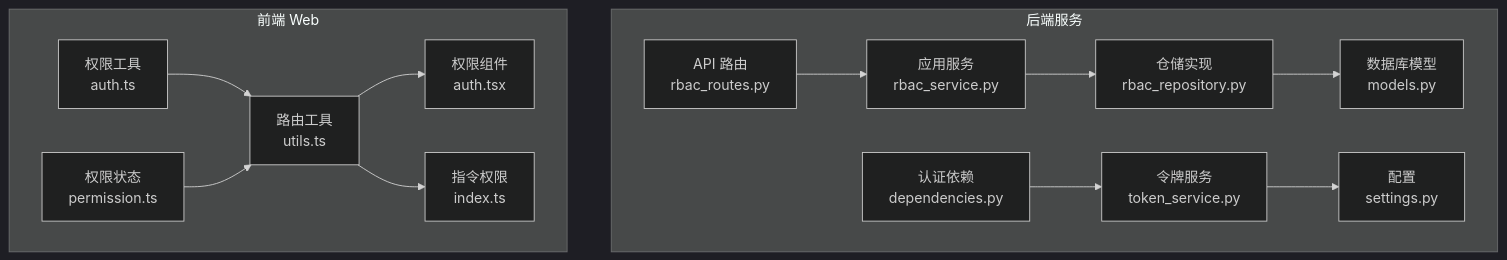
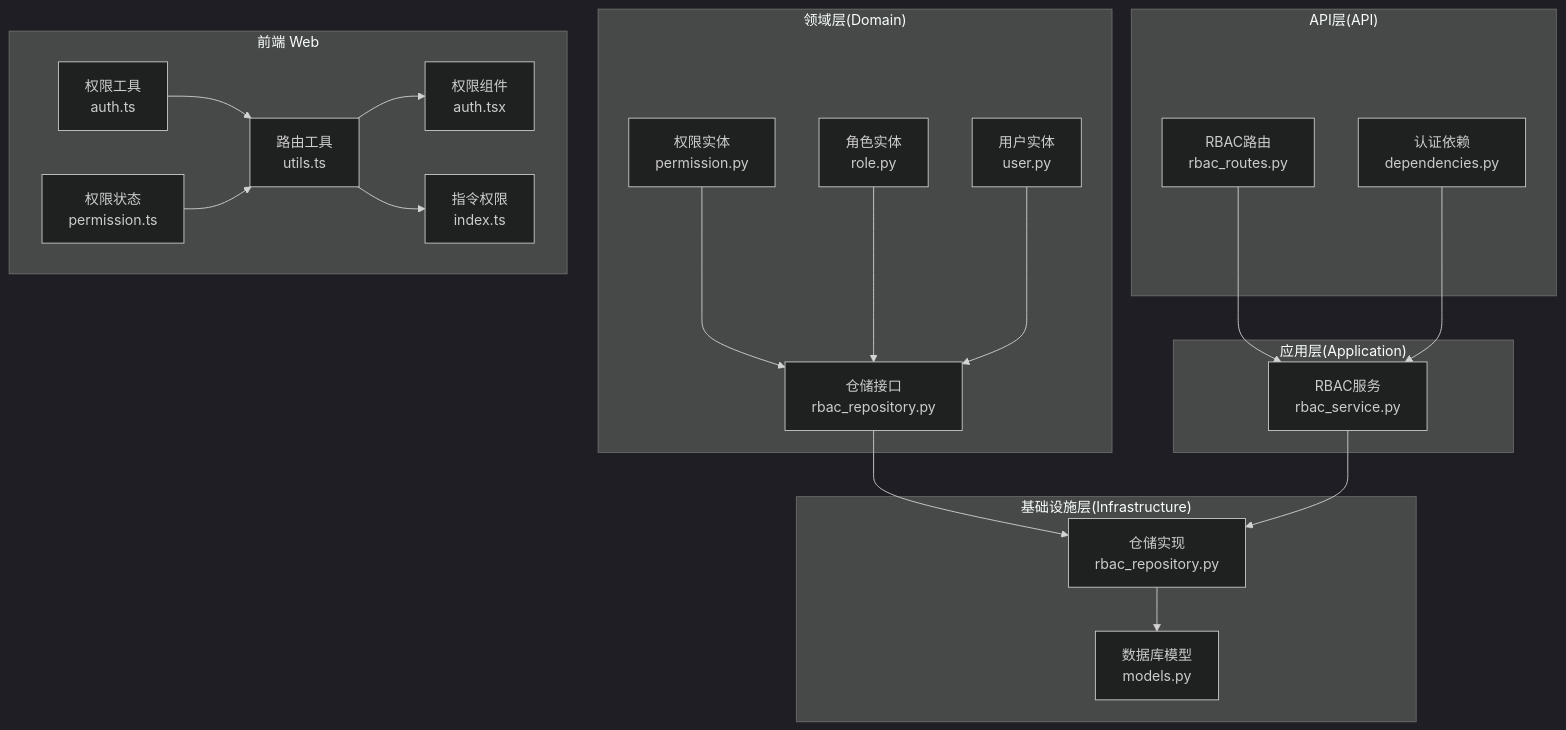
One commit to taoweidong/Hello-FastApi changed the first of 8 diagrams in .qoder/repowiki/zh/content/RBAC 权限系统/RBAC 权限系统.md. Above: the diagram before and after it, drawn with Mermaid (dark theme). The commit also changed other lines of this file and 18 other files, not shown here.

````diff
--- a/.qoder/repowiki/zh/content/RBAC 权限系统/RBAC 权限系统.md
+++ b/.qoder/repowiki/zh/content/RBAC 权限系统/RBAC 权限系统.md
@@ -40,25 +55,39 @@
 ```mermaid
 graph TB
-subgraph "后端服务"
-A["API 路由<br/>rbac_routes.py"]
-B["应用服务<br/>rbac_service.py"]
-C["仓储实现<br/>rbac_repository.py"]
-D["数据库模型<br/>models.py"]
-E["认证依赖<br/>dependencies.py"]
-F["令牌服务<br/>token_service.py"]
-G["配置<br/>settings.py"]
+subgraph "领域层(Domain)"
+A["权限实体<br/>permission.py"]
+B["角色实体<br/>role.py"]
+C["用户实体<br/>user.py"]
+D["仓储接口<br/>rbac_repository.py"]
+end
+subgraph "基础设施层(Infrastructure)"
+E["仓储实现<br/>rbac_repository.py"]
+F["数据库模型<br/>models.py"]
+end
+subgraph "应用层(Application)"
+G["RBAC服务<br/>rbac_service.py"]
+end
+subgraph "API层(API)"
+H["RBAC路由<br/>rbac_routes.py"]
+I["认证依赖<br/>dependencies.py"]
 end
 subgraph "前端 Web"
-H["路由工具<br/>utils.ts"]
-I["权限组件<br/>auth.tsx"]
-J["指令权限<br/>index.ts"]
-K["权限工具<br/>auth.ts"]
-L["权限状态<br/>permission.ts"]
+J["路由工具<br/>utils.ts"]
+K["权限组件<br/>auth.tsx"]
+L["指令权限<br/>index.ts"]
+M["权限工具<br/>auth.ts"]
+N["权限状态<br/>permission.ts"]
 end
-A --> B --> C --> D
-E --> F --> G
-H --> I
-H --> J
-K --> H
-L --> H
+A --> D
+B --> D
+C --> D
+D --> E
+E --> F
+G --> E
+H --> G
+I --> G
+J --> K
+J --> L
+M --> J
+N --> J
 ```
````
